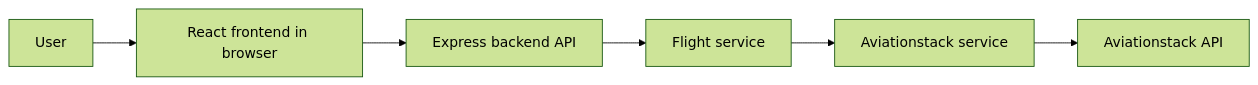
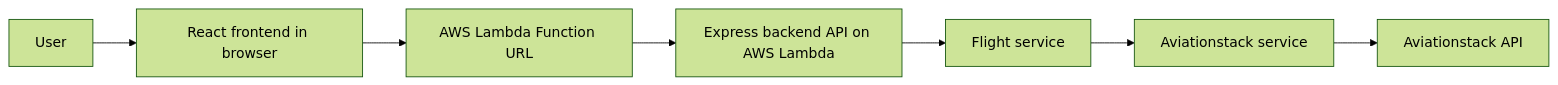
One commit to Yuktha01/flight-detective changed the first of 2 diagrams in docs/HLD.md. Above: the diagram before and after it, drawn with Mermaid (forest theme). The commit also changed other lines of this file and 3 other files, not shown here.

Commit message:
docs: update HLD, LLD, and system design for Lambda Function URL architecture

````diff
--- a/docs/HLD.md
+++ b/docs/HLD.md
@@ -13,15 +13,17 @@
 ```mermaid
 flowchart LR
     User[User]
     Browser[React frontend in browser]
-    API[Express backend API]
+    FunctionUrl[AWS Lambda Function URL]
+    API[Express backend API on AWS Lambda]
     FlightService[Flight service]
     ProviderService[Aviationstack service]
     Aviationstack[Aviationstack API]
 
     User --> Browser
-    Browser --> API
+    Browser --> FunctionUrl
+    FunctionUrl --> API
     API --> FlightService
     FlightService --> ProviderService
     ProviderService --> Aviationstack
 ```
````
